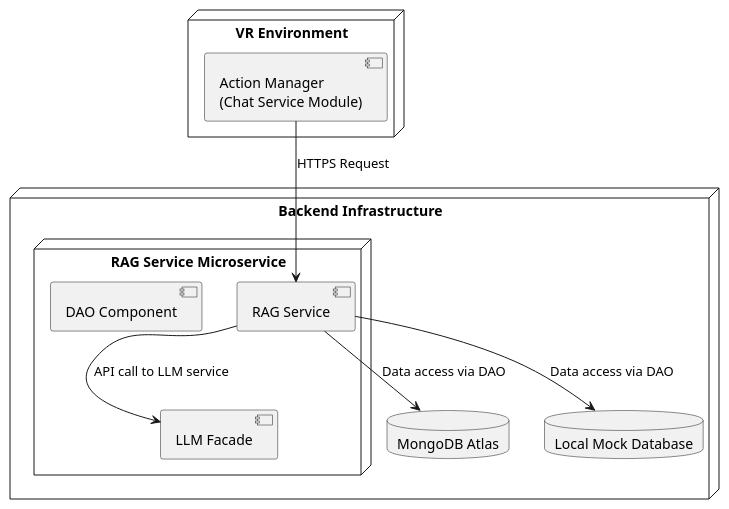
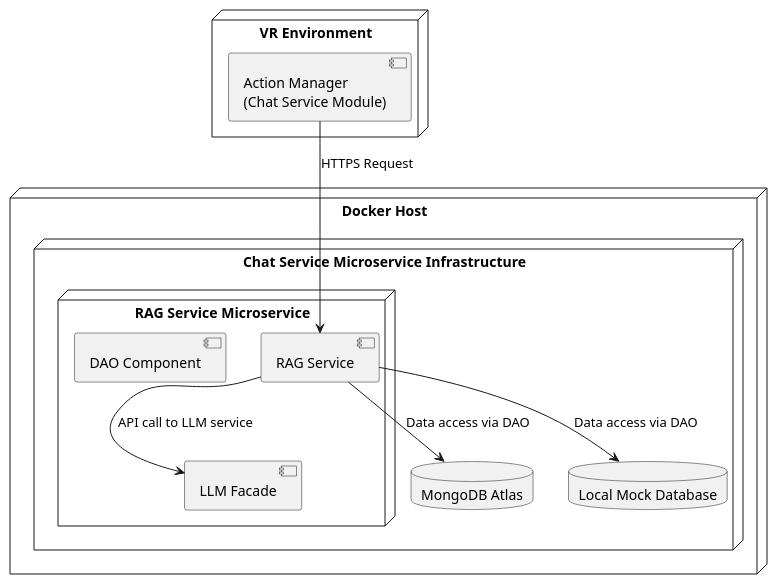
The diagram in docs/architecture/diagrams/deployment.puml (IMTEL/RAGdoll), drawn with PlantUML before and after one commit. The commit also changed 1 other file, not shown here.

Commit message:
refactor: change the uml diagrams

```diff
--- a/docs/architecture/diagrams/deployment.puml
+++ b/docs/architecture/diagrams/deployment.puml
@@ -1,20 +1,21 @@
 @startuml PhysicalView
 node "VR Environment" {
   component "Action Manager\n(Chat Service Module)" as AM
 }
-
-node "Backend Infrastructure" {
+node "Docker Host" {
+node "Chat Service Microservice Infrastructure" {
   node "RAG Service Microservice" {
     component "RAG Service" as RAG
     component "DAO Component" as DAO
     component "LLM Facade" as LLM
   }
   database "MongoDB Atlas" as DB
   database "Local Mock Database" as MockDB
 }
+}
 
 AM --> RAG : HTTPS Request
 RAG --> DB : Data access via DAO
 RAG --> MockDB : Data access via DAO
 RAG --> LLM : API call to LLM service
 @enduml
```
